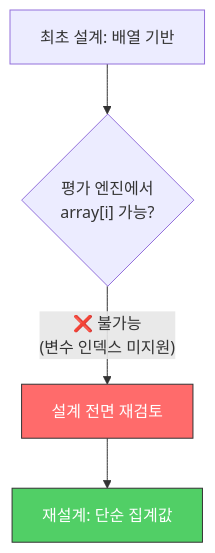
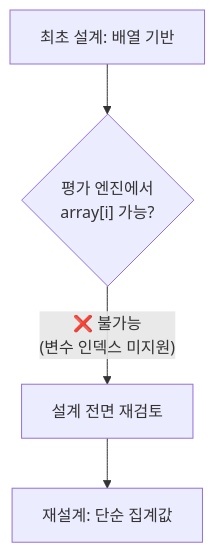
One commit to Gyubster/til changed the second of 5 diagrams in _posts/2025-12-01-외부-시스템-제약이-더-나은-설계를-만들-때.md. Above: the diagram before and after it, drawn with Mermaid. The commit also changed other lines of this file and 13 other files, not shown here.

Commit message:
Mermaid 렌더링 수정: subgraph style 명령 제거

````diff
--- a/_posts/2025-12-01-외부-시스템-제약이-더-나은-설계를-만들-때.md
+++ b/_posts/2025-12-01-외부-시스템-제약이-더-나은-설계를-만들-때.md
@@ -62,8 +62,6 @@
 ```mermaid
 flowchart TD
     A["최초 설계: 배열 기반"] --> B{"평가 엔진에서<br>array[i] 가능?"}
     B -->|"❌ 불가능<br>(변수 인덱스 미지원)"| C["설계 전면 재검토"]
     C --> D["재설계: 단순 집계값"]
-    style C fill:#ff6b6b,stroke:#333,color:#fff
-    style D fill:#51cf66,stroke:#333,color:#fff
 ```
````
